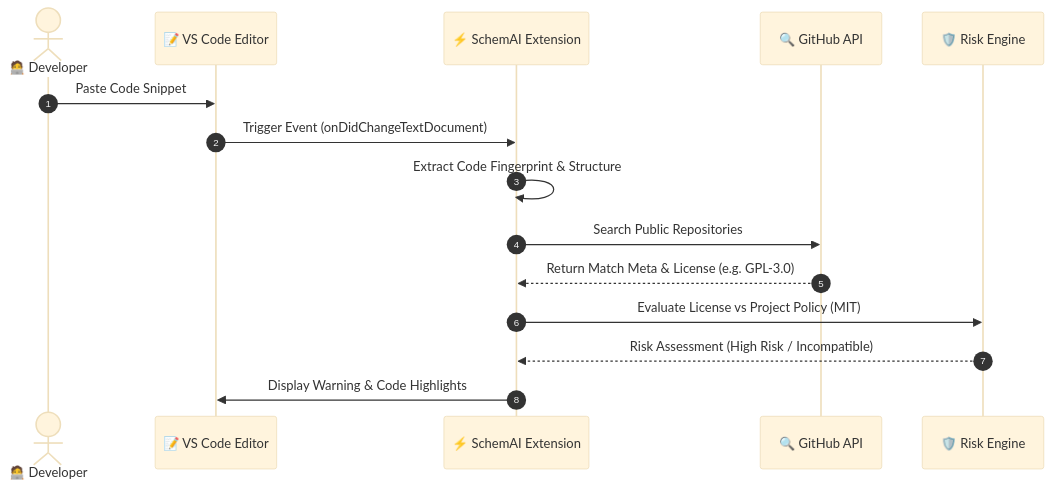
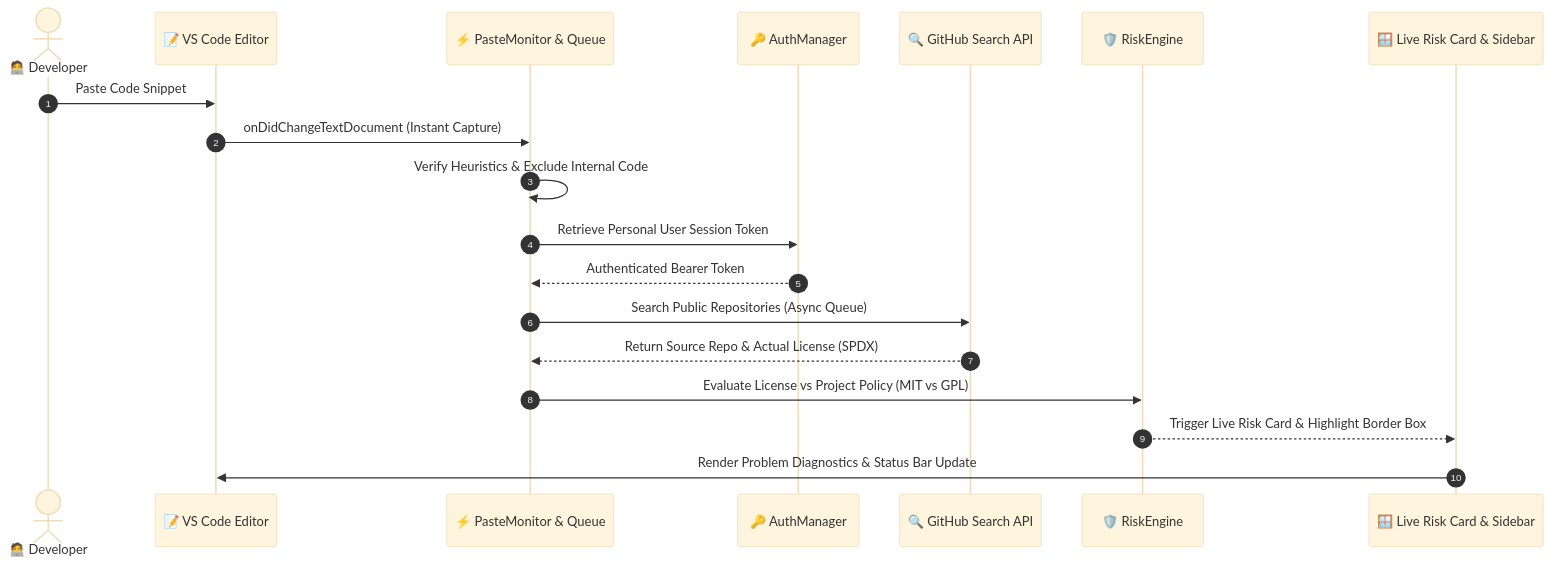
One commit to Hwai-technology/schemai changed the first of 2 diagrams in README.md. Above: the diagram before and after it, drawn with Mermaid (base theme). The commit also changed other lines of this file and 8 other files, not shown here.

Commit message:
docs: update all README files with v0.1.1 architecture and add EditorConfig and Prettier configurations

````diff
--- a/README.md
+++ b/README.md
@@ -64,18 +63,22 @@
 ```mermaid
 sequenceDiagram
     autonumber
     actor Developer as 🧑‍💻 Developer
-    participant VSCode as 📝 VS Code Editor
-    participant SchemAI as ⚡ SchemAI Extension
-    participant GitHub as 🔍 GitHub API
-    participant Engine as 🛡️ Risk Engine
+    participant Editor as 📝 VS Code Editor
+    participant Monitor as ⚡ PasteMonitor & Queue
+    participant Auth as 🔑 AuthManager
+    participant GitHub as 🔍 GitHub Search API
+    participant Engine as 🛡️ RiskEngine
+    participant UI as 🪟 Live Risk Card & Sidebar
 
-    Developer->>VSCode: Paste Code Snippet
-    VSCode->>SchemAI: Trigger Event (onDidChangeTextDocument)
-    SchemAI->>SchemAI: Extract Code Fingerprint & Structure
-    SchemAI->>GitHub: Search Public Repositories
-    GitHub-->>SchemAI: Return Match Meta & License (e.g. GPL-3.0)
-    SchemAI->>Engine: Evaluate License vs Project Policy (MIT)
-    Engine-->>SchemAI: Risk Assessment (High Risk / Incompatible)
-    SchemAI->>VSCode: Display Warning & Code Highlights
+    Developer->>Editor: Paste Code Snippet
+    Editor->>Monitor: onDidChangeTextDocument (Instant Capture)
+    Monitor->>Monitor: Verify Heuristics & Exclude Internal Code
+    Monitor->>Auth: Retrieve Personal User Session Token
+    Auth-->>Monitor: Authenticated Bearer Token
+    Monitor->>GitHub: Search Public Repositories (Async Queue)
+    GitHub-->>Monitor: Return Source Repo & Actual License (SPDX)
+    Monitor->>Engine: Evaluate License vs Project Policy (MIT vs GPL)
+    Engine-->>UI: Trigger Live Risk Card & Highlight Border Box
+    UI->>Editor: Render Problem Diagnostics & Status Bar Update
 ```
````
